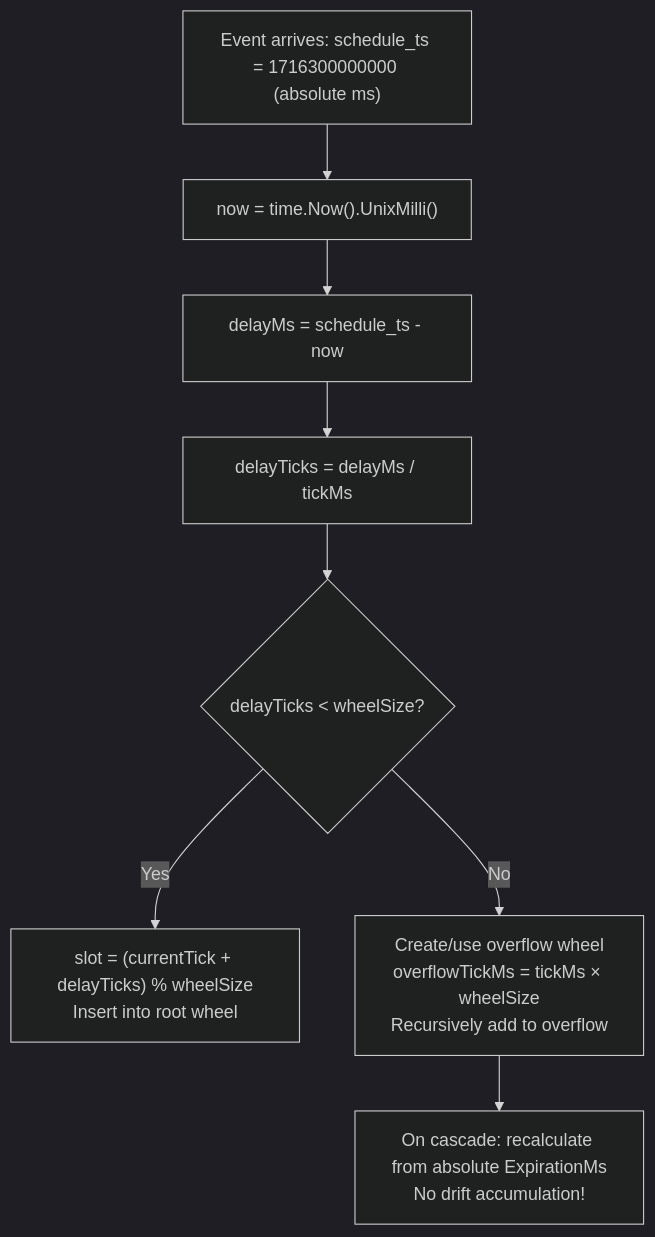
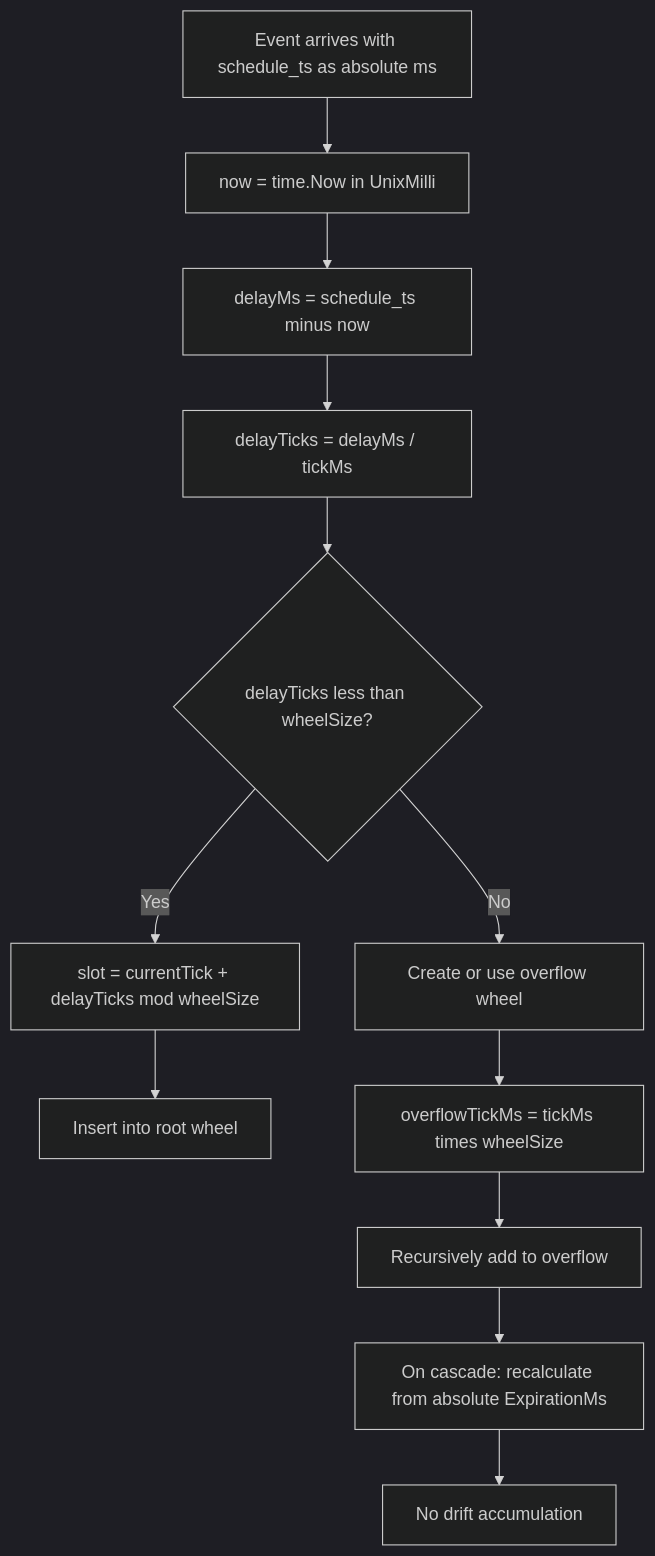
Diagram 12 of 36 in ARCHITECTURE.md (jatin711-debug/cronos_db_golang), drawn with Mermaid (dark theme) before and after one commit. The commit also changed other lines of this file, not shown here.

First line of the commit message:
docs(architecture): simplify documentation structure and improve clarity

````diff
--- a/ARCHITECTURE.md
+++ b/ARCHITECTURE.md
@@ -456,11 +431,14 @@
 ```mermaid
 flowchart TD
-    A["Event arrives: schedule_ts = 1716300000000 (absolute ms)"] --> B["now = time.Now().UnixMilli()"]
-    B --> C["delayMs = schedule_ts - now"]
-    C --> D["delayTicks = delayMs / tickMs"]
-    D --> E{delayTicks < wheelSize?}
-    E -->|Yes| F["slot = (currentTick + delayTicks) % wheelSize<br/>Insert into root wheel"]
-    E -->|No| G["Create/use overflow wheel<br/>overflowTickMs = tickMs × wheelSize<br/>Recursively add to overflow"]
-    
-    G --> H["On cascade: recalculate from absolute ExpirationMs<br/>No drift accumulation!"]
+    A[Event arrives with schedule_ts as absolute ms] --> B[now = time.Now in UnixMilli]
+    B --> C[delayMs = schedule_ts minus now]
+    C --> D[delayTicks = delayMs / tickMs]
+    D --> E{delayTicks less than wheelSize?}
+    E -->|Yes| F[slot = currentTick + delayTicks mod wheelSize]
+    F --> G[Insert into root wheel]
+    E -->|No| H[Create or use overflow wheel]
+    H --> I[overflowTickMs = tickMs times wheelSize]
+    I --> J[Recursively add to overflow]
+    J --> K[On cascade: recalculate from absolute ExpirationMs]
+    K --> L[No drift accumulation]
 ```
````
